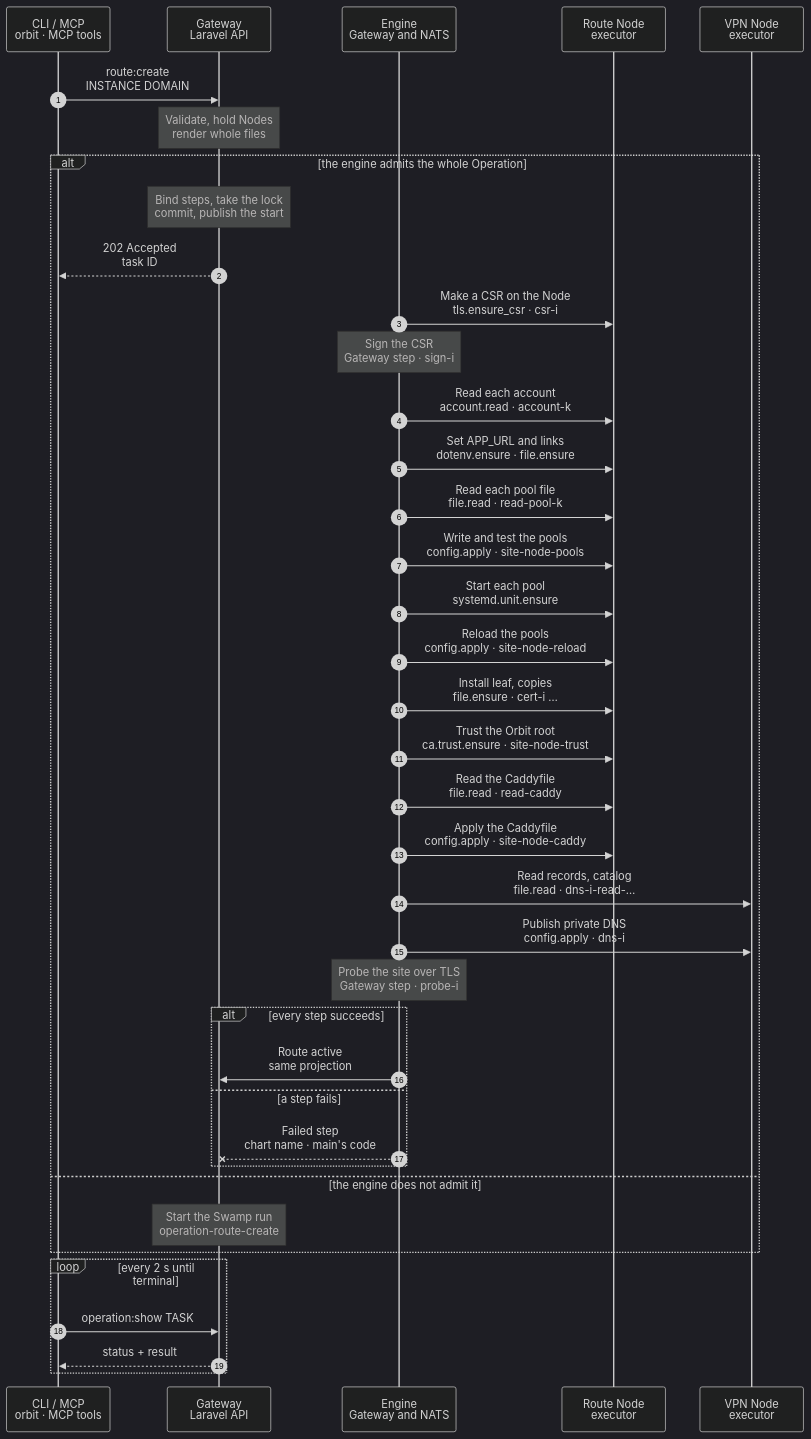
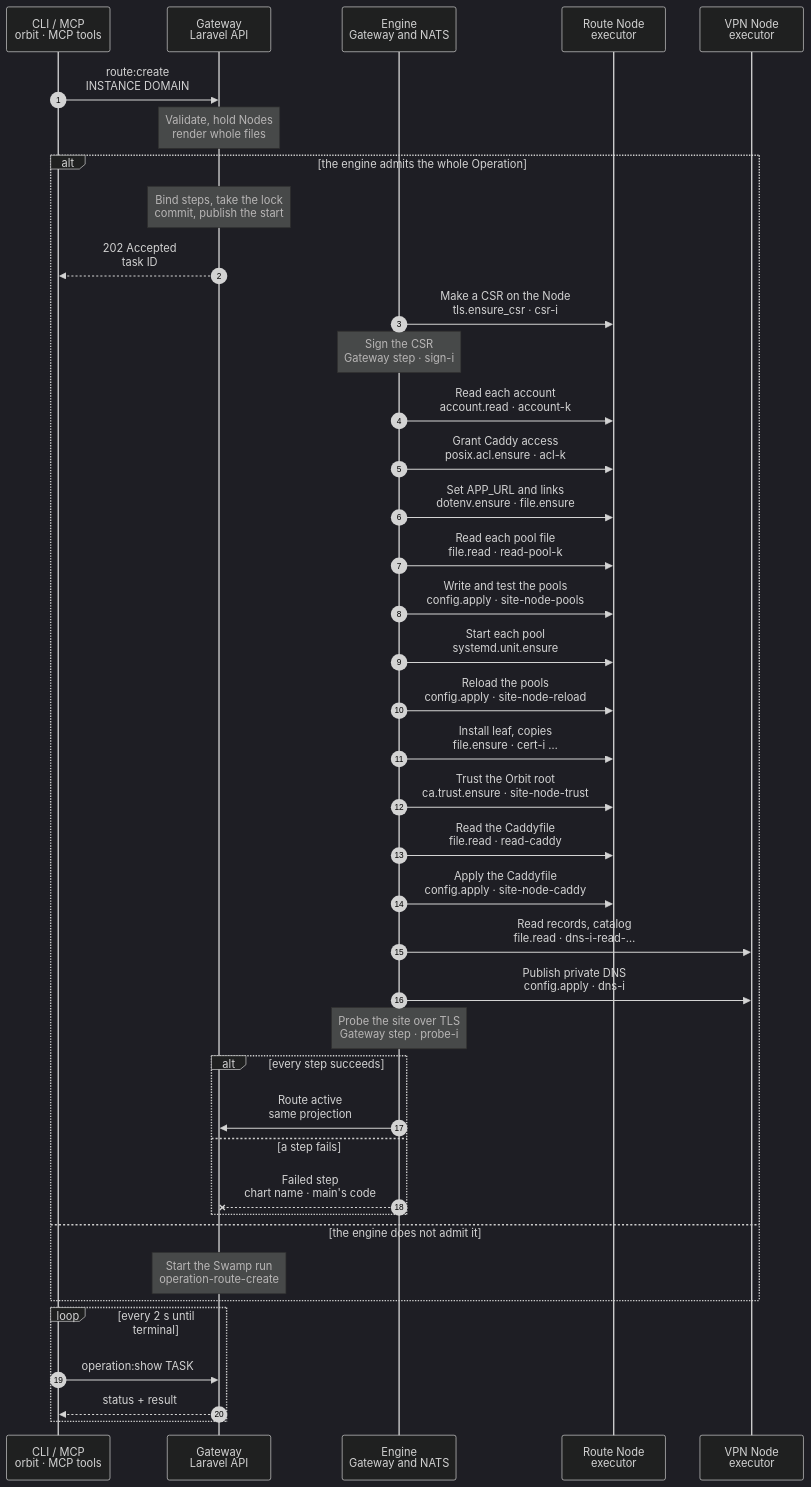
The diagram in docs/cli/route/engine/create.mmd (hardimpactdev/orbit), drawn with Mermaid (dark theme) before and after one commit. The commit also changed 5 other files, not shown here.

First line of the commit message:
ORB-6352: Caddy access as posix.acl.ensure with scope tree, admitted on Nodes with posix.acl.tree

```diff
--- a/docs/cli/route/engine/create.mmd
+++ b/docs/cli/route/engine/create.mmd
@@ -1,76 +1,78 @@
 sequenceDiagram
   %% route.create on the Gateway engine: the steps of route/create.mmd (workflow operation-route-create) as host catalogue primitives composed in the Gateway (RouteEngineFlow, RouteHostSteps). ADR 0271, Routes rewrite PR B (ORB-6352).
-  %% Pending: Caddy's recursive access needs a tree scope for posix.acl.ensure (Nick's decision); a Route with access rows runs on Swamp until it exists.
+  %% Caddy's recursive access runs on the engine only on a Node that takes posix.acl.ensure with `scope: tree` (feature `posix.acl.tree`); otherwise the Route runs on Swamp.
   %% status: draft
   %% command: route:create
   %% kind: route.create
   autonumber
   %% lane CLI icon=terminal pill=caller tone=gray
   %% lane GW icon=gateway pill=intent tone=blue
   %% lane EN icon=workflow pill=engine tone=purple
   %% lane N icon=server pill=executor tone=amber
   %% lane V icon=server pill=executor tone=green
   participant CLI as CLI / MCP<br/>orbit · MCP tools
   participant GW as Gateway<br/>Laravel API
   participant EN as Engine<br/>Gateway and NATS
   participant N as Route Node<br/>executor
   participant V as VPN Node<br/>executor
   CLI->>GW: route:create<br/>INSTANCE DOMAIN
   Note over GW: Validate, hold Nodes<br/>render whole files
   %%> Same guards and admitted plan as route/create.mmd (`route_create`, NativeRouteCreatePlan)
   %%> The publication hold covers every Node of the plan: site and leaf Nodes and each VPN Node with DNS work, from the reads to the guarded writes, also after an admission wait (RoutePublicationHolds)
   %%> Each account the Node's steps write for is read on the Node first (`account.read`): home, primary group and gid by NSS; pools are rendered with the group's name
   alt the engine admits the whole Operation
     %%> Admission, one decision per Operation (EngineKinds::routes):
     %%> - `route.create` is in `ORBIT_ENGINE_KINDS`, and every Node a step touches reports each step's primitive in `$KV.NODES` (the `host` family with `account.read`, agent 0.37.0), with `tls.csr_input` on the leaf Node; every build with the host family has file.ensure `source_path`, so the key copy needs no feature
     %%> - the flow accepts the plan shape; an Ingress edge, a LAN rule, a production `.env`, awake markers, Caddy access rows, or a pool outside the two pool kinds throws `EngineUnsupported`
-    %%> - the kind's own admission (RouteEngineFlow::admit) also refuses a Route with Caddy access rows, and a Node with work that lacks one host primitive, or a leaf Node that lacks `tls.csr_input`
+    %%> - the kind's own admission (RouteEngineFlow::admit) also refuses a Route with Caddy access rows on a Node without `posix.acl.tree`, and a Node with work that lacks one host primitive, or a leaf Node that lacks `tls.csr_input`
     %%> - production never moves: a site or leaf Node that is not an app-dev Node (app-prod, unclassified, no role), a DNS Node without the vpn role, a target Instance outside development, or an intent with a production placement or `production_control` keeps the whole Operation on Swamp
     Note over GW: Bind steps, take the lock<br/>commit, publish the start
     GW-->>CLI: 202 Accepted<br/>task ID
     EN->>N: Make a CSR on the Node<br/>tls.ensure_csr · csr-i
     %%> The Gateway sends the folder, its root:caddy owner, modes 0750 and 0640, and the subject; the key never leaves the Node
     Note over EN: Sign the CSR<br/>Gateway step · sign-i
     %%> As `operation:direct:certificate-sign`; a pending cancel refuses
     EN->>N: Read each account<br/>account.read · account-k
     %%> The Node's account (leaf copies, pools) and each other link owner; the recorded answer keeps a retry byte for byte; an absent account fails the next step that needs it (`route.publish_failed`)
+    EN->>N: Grant Caddy access<br/>posix.acl.ensure · acl-k
+    %%> Only on a Node that reports `posix.acl.tree`: one entry per admitted row and path, subject caddy, run as the row's account; `deny`, `grant` and the default entries of every folder below take `scope: tree`, the passage above a served root is one path's entry
     EN->>N: Set APP_URL and links<br/>dotenv.ensure · file.ensure
     %%> `site-node-url-k`: the last `APP_URL=` line of an existing `.env` that the account owns, replaced or appended; `site-node-link-k`: a release link owned by its account
     EN->>N: Read each pool file<br/>file.read · read-pool-k
     %%> One path, read only: absent, or present with its type, owner, mode and, for a regular file, its SHA-256; never its content. The step records the answer
     EN->>N: Write and test the pools<br/>config.apply · site-node-pools
     %%> Under `/etc/caddy/.orbit-publish.lock`: each pool rendered whole with the account's group and home, root:root 0644, with the digest its read recorded as `from_sha256` (none when absent); `php-fpm` validators from the fixed list; a failed test restores the files
     EN->>N: Start each pool<br/>systemd.unit.ensure
     EN->>N: Reload the pools<br/>config.apply · site-node-reload
     %%> The same files with the digest of the bytes the install left as their guard, so it writes nothing and refuses a change made since; validators, then each pool unit reloads on every run, as route.publish_site did
     EN->>N: Install leaf, copies<br/>file.ensure · cert-i …
     %%> `cert-i`: the signed leaf, root:caddy 0644; `current-i`: the version link; `folder-i`: the account copy's folder, root 0755 as `install -D` made it; `key-i`: the key copied on the Node (`source_path`), account 0600; `copy-i`: the leaf, account 0600; `copylink-i`: the account's version link
     EN->>N: Trust the Orbit root<br/>ca.trust.ensure · site-node-trust
     %%> Named after the root's fingerprint (`orbit-managed-root-ca-<16 hex>.crt`), so a new root gets its own name and hash link; an old root stays until the Gateway knows it (follow-up)
     %%> `orbit-managed-root-ca.crt`, root:root 0644; the plain `update-ca-certificates` runs after a change
     EN->>N: Read the Caddyfile<br/>file.read · read-caddy
     EN->>N: Apply the Caddyfile<br/>config.apply · site-node-caddy
     %%> Under `/etc/caddy/.orbit-publish.lock`: the whole Caddyfile, root:caddy 0640, with the digest its read recorded; validated as `caddy`; Caddy reloads on every run; a failed validation or reload restores the file
     EN->>V: Read records, catalog<br/>file.read · dns-i-read-…
     EN->>V: Publish private DNS<br/>config.apply · dns-i
     %%> Beside the sites, after the signatures. Under `/run/lock/orbit-dnsmasq.lock`: records and catalog, root:root 0644, each with the digest its read recorded; the `dnsmasq` validator over `/etc/dnsmasq.conf` and `/etc/dnsmasq.d`; dnsmasq and the private DNS listener restart on every run
     Note over EN: Probe the site over TLS<br/>Gateway step · probe-i
     %%> After each Node's last site step: a TLS handshake by WireGuard address, trusting only the Orbit root
     %%> A read that finds a link in a file's place runs that file's unlink step (`file.ensure` absent, never following it), and the write then sends no guard; for any other read the unlink step is done without an order (EngineSkip)
     %%> Every config.apply input comes from the admitted plan and the recorded reads, so a resend carries the same bytes, the order's identity; each step has its own `recovery_dir` under `/var/lib/orbit/executor/config-recovery` (`pool-install`, `pool-reload`, `caddy`, `dns`)
     %%> The writes overwrite whatever the Node held at the read, as main's route.create did: a pool with a numeric gid or a catalog in another key order is replaced; the guard refuses `owned_revision_conflict` only when a file changed between its read and its write, under the Node publication hold and the lock
     alt every step succeeds
       EN->>GW: Route active<br/>same projection
     else a step fails
       EN--xGW: Failed step<br/>chart name · main's code
       %%> A Node's site steps record `Install cert, publish site-<node>` with `route.publish_failed`; `dns-i` records `Publish private DNS-i` with `private_dns.publication_failed`, main's codes; a guard refusal keeps `owned_revision_conflict`
     end
   else the engine does not admit it
     Note over GW: Start the Swamp run<br/>operation-route-create
     %%> No step runs on the engine; an Operation never splits across engines
-    %%> A Route with Caddy access rows runs here: its recursive access (a deny over the checkout, a grant over the served roots, default entries on every folder below) stays with Swamp until posix.acl.ensure takes a tree scope (Nick's decision); PR D keeps the old actions until then
+    %%> A Route with Caddy access rows on a Node without `posix.acl.tree` runs here, with Swamp's recursive access; PR D keeps the old actions until every Node takes the tree scope
   end
   loop every 2 s until terminal
     CLI->>GW: operation:show TASK
     GW-->>CLI: status + result
   end
```
